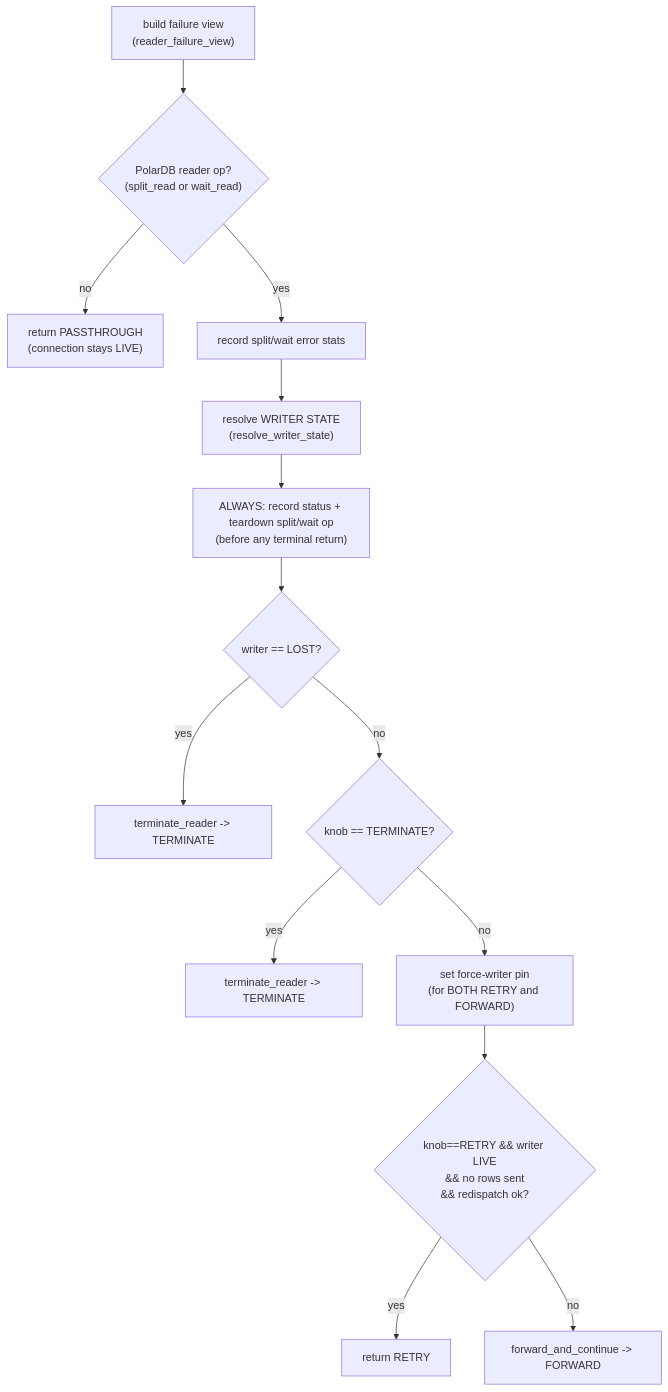
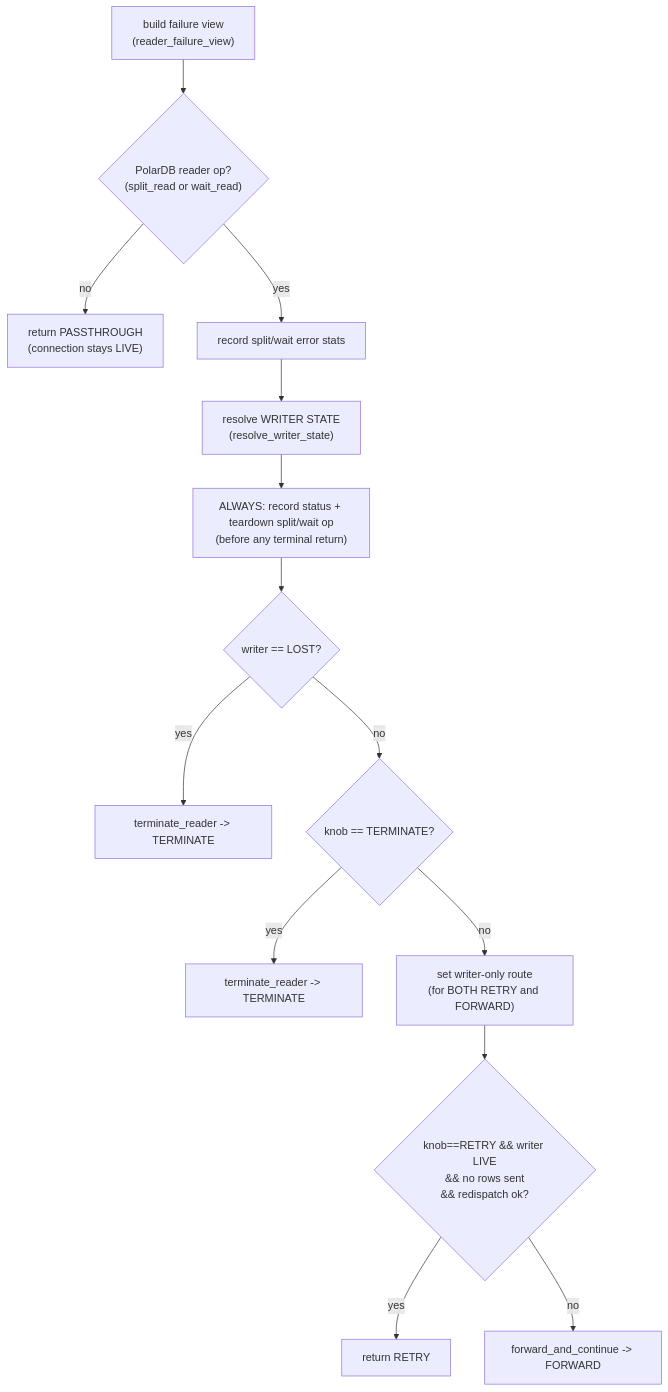
One commit to awide-labs/polar-proxy changed the third of 5 diagrams in doc/polardb-arch/20-FUTURE-READER-FAILURE-RETRY-DESIGN.md. Above: the diagram before and after it, drawn with Mermaid. The commit also changed other lines of this file and 21 other files, not shown here.

````diff
--- a/doc/polardb-arch/20-FUTURE-READER-FAILURE-RETRY-DESIGN.md
+++ b/doc/polardb-arch/20-FUTURE-READER-FAILURE-RETRY-DESIGN.md
@@ -499,16 +509,16 @@
 ```mermaid
 flowchart TD
     V["build failure view<br/>(reader_failure_view)"] --> NP{"PolarDB reader op?<br/>(split_read or wait_read)"}
     NP -->|no| PT["return PASSTHROUGH<br/>(connection stays LIVE)"]
     NP -->|yes| ST["record split/wait error stats"]
     ST --> WS["resolve WRITER STATE<br/>(resolve_writer_state)"]
     WS --> ACC["ALWAYS: record status + teardown split/wait op<br/>(before any terminal return)"]
     ACC --> L{"writer == LOST?"}
     L -->|yes| T1["terminate_reader -> TERMINATE"]
     L -->|no| K{"knob == TERMINATE?"}
     K -->|yes| T2["terminate_reader -> TERMINATE"]
-    K -->|no| PIN["set force-writer pin<br/>(for BOTH RETRY and FORWARD)"]
-    PIN --> RE{"knob==RETRY && writer LIVE<br/>&& no rows sent<br/>&& redispatch ok?"}
+    K -->|no| ROUTE["set writer-only route<br/>(for BOTH RETRY and FORWARD)"]
+    ROUTE --> RE{"knob==RETRY && writer LIVE<br/>&& no rows sent<br/>&& redispatch ok?"}
     RE -->|yes| RR["return RETRY"]
     RE -->|no| FF["forward_and_continue -> FORWARD"]
 ```
````
